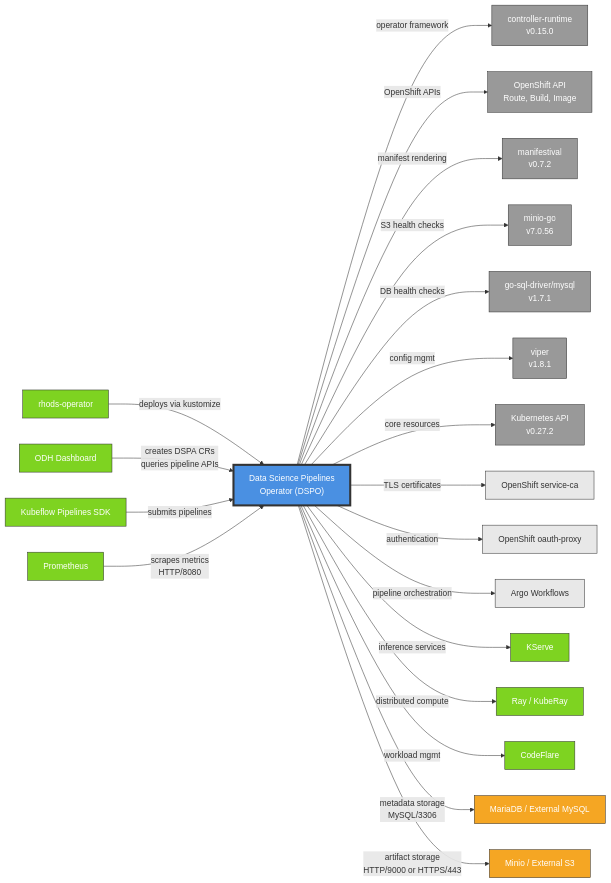
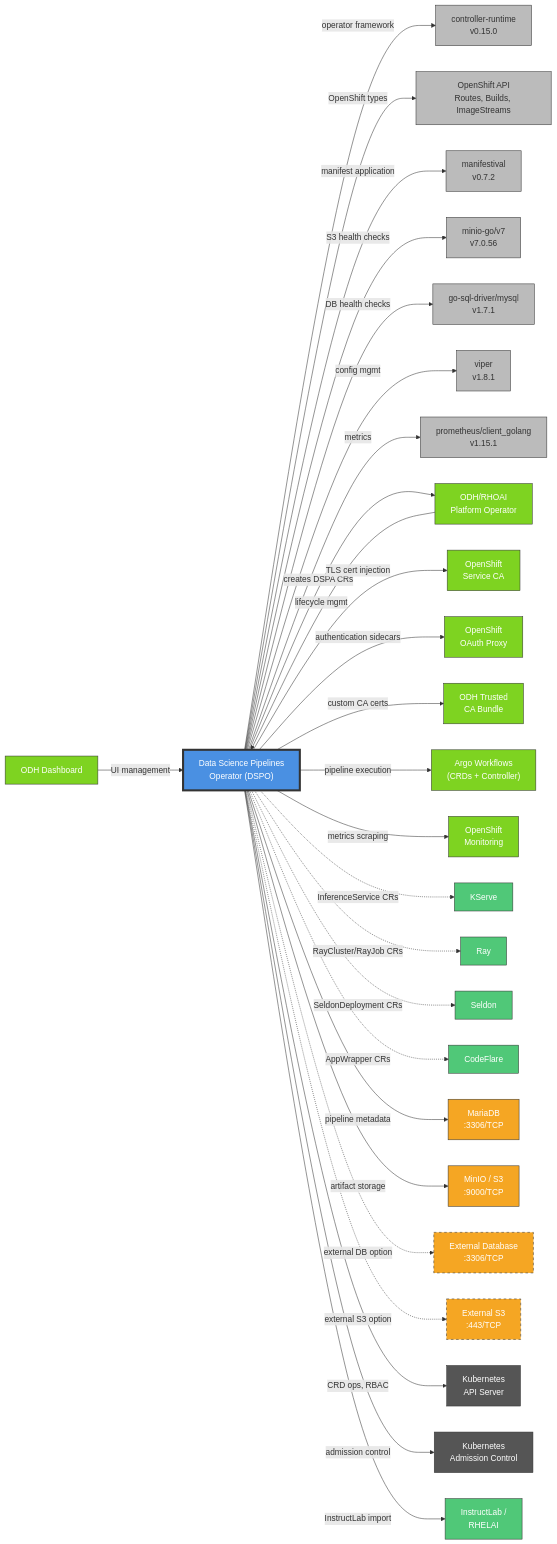
One commit to rhuss/architecture-context changed the diagram in architecture/rhoai-2.25/diagrams/data-science-pipelines-operator-dependencies.mmd. Above: the diagram before and after it, drawn with Mermaid. The commit also changed 1980 other files, not shown here.

First line of the commit message:
regenerate architecture for rhoai-2.25 and rhoai-3.4, make PNG export opt-in

```diff
--- a/architecture/rhoai-2.25/diagrams/data-science-pipelines-operator-dependencies.mmd
+++ b/architecture/rhoai-2.25/diagrams/data-science-pipelines-operator-dependencies.mmd
@@ -1,59 +1,78 @@
-%% Component Dependency Graph - Data Science Pipelines Operator
-%% Generated by: Claude Opus 4.6
-%% Source: architecture/rhoai-2.25/data-science-pipelines-operator.md
-
 graph LR
     DSPO["Data Science Pipelines<br/>Operator (DSPO)"]
 
-    %% External Dependencies (libraries/frameworks)
+    %% External Dependencies (Go libraries / runtime)
     DSPO -->|"operator framework"| ControllerRuntime["controller-runtime<br/>v0.15.0"]
-    DSPO -->|"OpenShift APIs"| OpenShiftAPI["OpenShift API<br/>Route, Build, Image"]
-    DSPO -->|"manifest rendering"| Manifestival["manifestival<br/>v0.7.2"]
-    DSPO -->|"S3 health checks"| MinioGo["minio-go<br/>v7.0.56"]
+    DSPO -->|"OpenShift types"| OpenShiftAPI["OpenShift API<br/>Routes, Builds, ImageStreams"]
+    DSPO -->|"manifest application"| Manifestival["manifestival<br/>v0.7.2"]
+    DSPO -->|"S3 health checks"| MinioGo["minio-go/v7<br/>v7.0.56"]
     DSPO -->|"DB health checks"| MySQLDriver["go-sql-driver/mysql<br/>v1.7.1"]
     DSPO -->|"config mgmt"| Viper["viper<br/>v1.8.1"]
-    DSPO -->|"core resources"| K8sAPI["Kubernetes API<br/>v0.27.2"]
-
-    %% Internal ODH/RHOAI Dependencies
-    RHODSOp["rhods-operator"] -->|"deploys via kustomize"| DSPO
-    ODHDash["ODH Dashboard"] -->|"creates DSPA CRs<br/>queries pipeline APIs"| DSPO
-    KFPSDK["Kubeflow Pipelines SDK"] -->|"submits pipelines"| DSPO
+    DSPO -->|"metrics"| PromClient["prometheus/client_golang<br/>v1.15.1"]
 
     %% Platform Dependencies
-    DSPO -->|"TLS certificates"| ServiceCA["OpenShift service-ca"]
-    DSPO -->|"authentication"| OAuthProxy["OpenShift oauth-proxy"]
-    DSPO -->|"pipeline orchestration"| ArgoWF["Argo Workflows"]
+    DSPO -->|"creates DSPA CRs"| PlatformOp["ODH/RHOAI<br/>Platform Operator"]
+    DSPO -->|"TLS cert injection"| ServiceCA["OpenShift<br/>Service CA"]
+    DSPO -->|"authentication sidecars"| OAuthProxy["OpenShift<br/>OAuth Proxy"]
+    DSPO -->|"custom CA certs"| TrustedCA["ODH Trusted<br/>CA Bundle"]
+    DSPO -->|"pipeline execution"| ArgoWF["Argo Workflows<br/>(CRDs + Controller)"]
+    DSPO -->|"metrics scraping"| Monitoring["OpenShift<br/>Monitoring"]
 
-    %% Integration Points (outbound)
-    DSPO -->|"inference services"| KServe["KServe"]
-    DSPO -->|"distributed compute"| Ray["Ray / KubeRay"]
-    DSPO -->|"workload mgmt"| CodeFlare["CodeFlare"]
+    %% Integration Points (downstream consumers)
+    Dashboard["ODH Dashboard"] -->|"UI management"| DSPO
+    PlatformOp -->|"lifecycle mgmt"| DSPO
 
-    %% Integration Points (inbound)
-    Prometheus["Prometheus"] -->|"scrapes metrics<br/>HTTP/8080"| DSPO
+    %% Pipeline execution integrations
+    DSPO -.->|"InferenceService CRs"| KServe["KServe"]
+    DSPO -.->|"RayCluster/RayJob CRs"| Ray["Ray"]
+    DSPO -.->|"SeldonDeployment CRs"| Seldon["Seldon"]
+    DSPO -.->|"AppWrapper CRs"| CodeFlare["CodeFlare"]
 
-    %% Backing Services
-    DSPO -->|"metadata storage<br/>MySQL/3306"| MariaDB["MariaDB / External MySQL"]
-    DSPO -->|"artifact storage<br/>HTTP/9000 or HTTPS/443"| S3["Minio / External S3"]
+    %% Data Storage
+    DSPO -->|"pipeline metadata"| MariaDB["MariaDB<br/>:3306/TCP"]
+    DSPO -->|"artifact storage"| MinIO["MinIO / S3<br/>:9000/TCP"]
+    DSPO -.->|"external DB option"| ExtDB["External Database<br/>:3306/TCP"]
+    DSPO -.->|"external S3 option"| ExtS3["External S3<br/>:443/TCP"]
+
+    %% Core K8s
+    DSPO -->|"CRD ops, RBAC"| K8sAPI["Kubernetes<br/>API Server"]
+    DSPO -->|"admission control"| AdmissionCtrl["Kubernetes<br/>Admission Control"]
+    DSPO -->|"InstructLab import"| RHELAI["InstructLab /<br/>RHELAI"]
 
     %% Styling
     style DSPO fill:#4a90e2,stroke:#333,stroke-width:4px,color:#fff
-    style ControllerRuntime fill:#999,stroke:#333,color:#fff
-    style OpenShiftAPI fill:#999,stroke:#333,color:#fff
-    style Manifestival fill:#999,stroke:#333,color:#fff
-    style MinioGo fill:#999,stroke:#333,color:#fff
-    style MySQLDriver fill:#999,stroke:#333,color:#fff
-    style Viper fill:#999,stroke:#333,color:#fff
-    style K8sAPI fill:#999,stroke:#333,color:#fff
-    style RHODSOp fill:#7ed321,stroke:#333,color:#fff
-    style ODHDash fill:#7ed321,stroke:#333,color:#fff
-    style KFPSDK fill:#7ed321,stroke:#333,color:#fff
-    style ServiceCA fill:#e8e8e8,stroke:#333
-    style OAuthProxy fill:#e8e8e8,stroke:#333
-    style ArgoWF fill:#e8e8e8,stroke:#333
-    style KServe fill:#7ed321,stroke:#333,color:#fff
-    style Ray fill:#7ed321,stroke:#333,color:#fff
-    style CodeFlare fill:#7ed321,stroke:#333,color:#fff
-    style Prometheus fill:#7ed321,stroke:#333,color:#fff
+
+    %% Go libraries - grey
+    style ControllerRuntime fill:#bbb,stroke:#333,color:#333
+    style OpenShiftAPI fill:#bbb,stroke:#333,color:#333
+    style Manifestival fill:#bbb,stroke:#333,color:#333
+    style MinioGo fill:#bbb,stroke:#333,color:#333
+    style MySQLDriver fill:#bbb,stroke:#333,color:#333
+    style Viper fill:#bbb,stroke:#333,color:#333
+    style PromClient fill:#bbb,stroke:#333,color:#333
+
+    %% Platform dependencies - green
+    style PlatformOp fill:#7ed321,stroke:#333,color:#fff
+    style ServiceCA fill:#7ed321,stroke:#333,color:#fff
+    style OAuthProxy fill:#7ed321,stroke:#333,color:#fff
+    style TrustedCA fill:#7ed321,stroke:#333,color:#fff
+    style ArgoWF fill:#7ed321,stroke:#333,color:#fff
+    style Monitoring fill:#7ed321,stroke:#333,color:#fff
+    style Dashboard fill:#7ed321,stroke:#333,color:#fff
+
+    %% Integration targets - teal
+    style KServe fill:#50c878,stroke:#333,color:#fff
+    style Ray fill:#50c878,stroke:#333,color:#fff
+    style Seldon fill:#50c878,stroke:#333,color:#fff
+    style CodeFlare fill:#50c878,stroke:#333,color:#fff
+    style RHELAI fill:#50c878,stroke:#333,color:#fff
+
+    %% Storage - orange
     style MariaDB fill:#f5a623,stroke:#333,color:#fff
-    style S3 fill:#f5a623,stroke:#333,color:#fff
+    style MinIO fill:#f5a623,stroke:#333,color:#fff
+    style ExtDB fill:#f5a623,stroke:#333,color:#fff,stroke-dasharray: 5 5
+    style ExtS3 fill:#f5a623,stroke:#333,color:#fff,stroke-dasharray: 5 5
+
+    %% Core K8s - dark
+    style K8sAPI fill:#555,stroke:#333,color:#fff
+    style AdmissionCtrl fill:#555,stroke:#333,color:#fff
```
